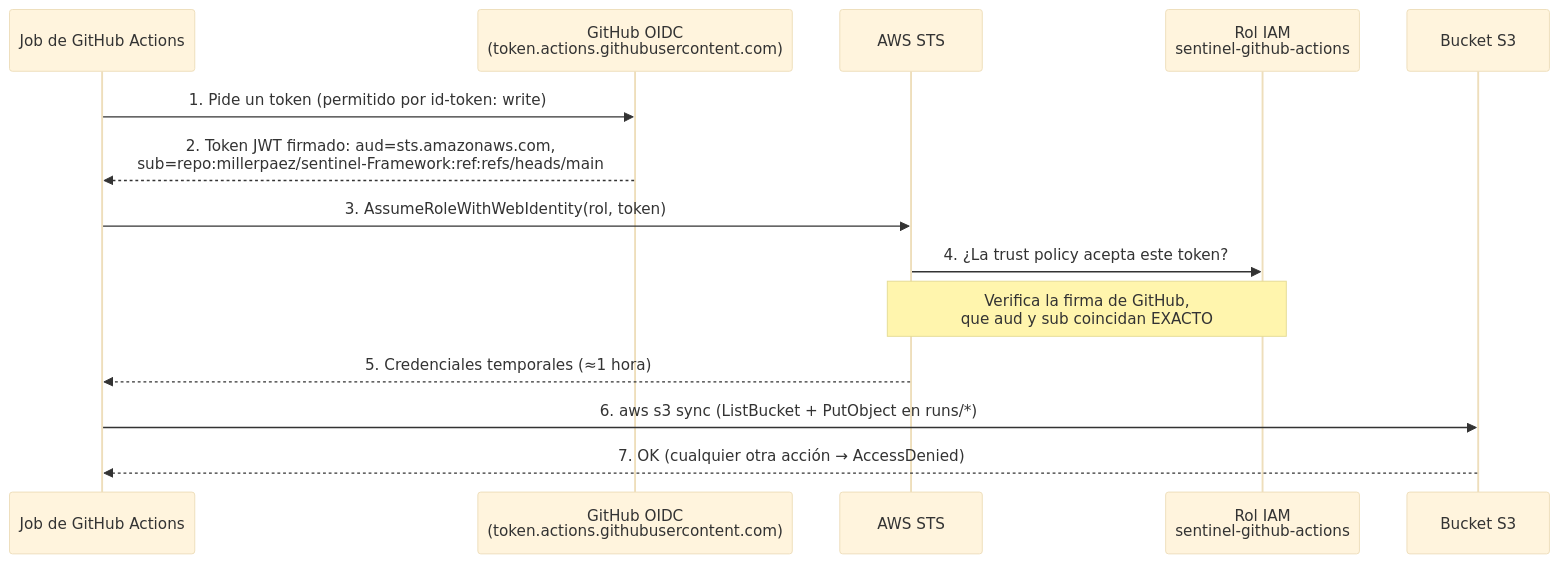
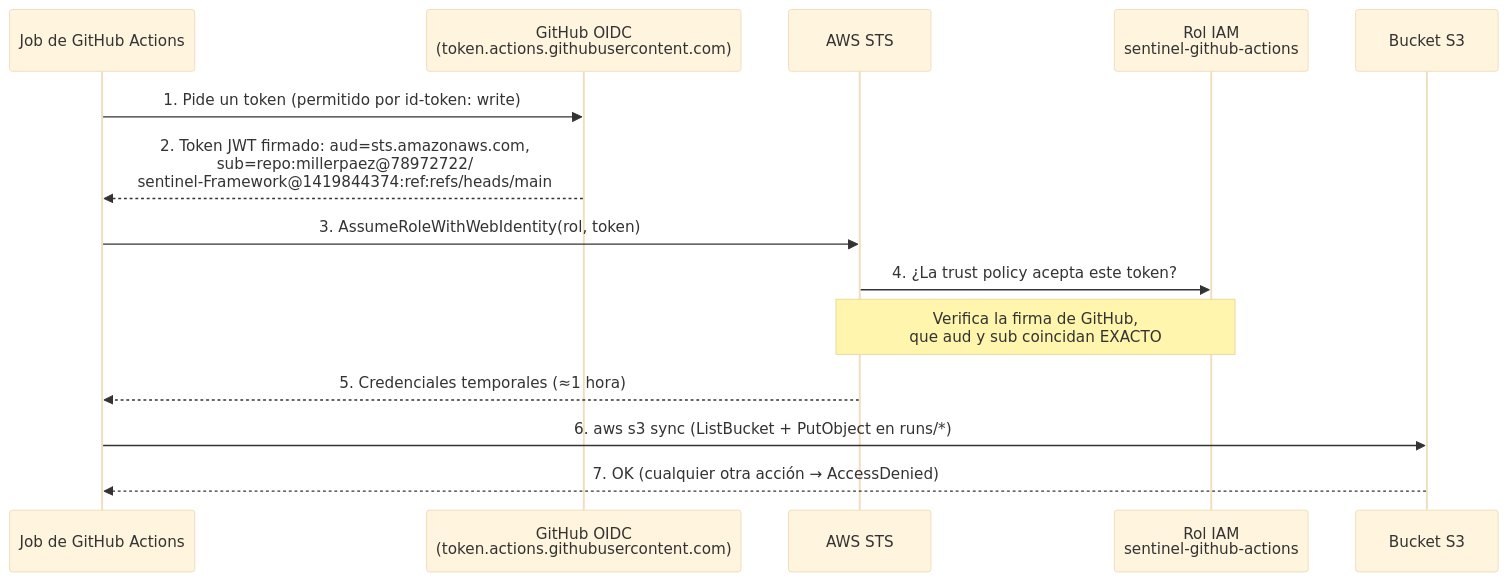
The third of 3 diagrams in README.md (millerpaez/sentinel-Framework), drawn with Mermaid (base theme) before and after one commit. The commit also changed other lines of this file and 2 other files, not shown here.

````diff
--- a/README.md
+++ b/README.md
@@ -596,17 +596,17 @@
 ```mermaid
 sequenceDiagram
     participant J as Job de GitHub Actions
     participant G as GitHub OIDC<br/>(token.actions.githubusercontent.com)
     participant STS as AWS STS
     participant IAM as Rol IAM<br/>sentinel-github-actions
     participant S3 as Bucket S3
 
     J->>G: 1. Pide un token (permitido por id-token: write)
-    G-->>J: 2. Token JWT firmado: aud=sts.amazonaws.com,<br/>sub=repo:millerpaez/sentinel-Framework:ref:refs/heads/main
+    G-->>J: 2. Token JWT firmado: aud=sts.amazonaws.com,<br/>sub=repo:millerpaez@78972722/<br/>sentinel-Framework@1419844374:ref:refs/heads/main
     J->>STS: 3. AssumeRoleWithWebIdentity(rol, token)
     STS->>IAM: 4. ¿La trust policy acepta este token?
     Note over STS,IAM: Verifica la firma de GitHub,<br/>que aud y sub coincidan EXACTO
     STS-->>J: 5. Credenciales temporales (≈1 hora)
     J->>S3: 6. aws s3 sync (ListBucket + PutObject en runs/*)
     S3-->>J: 7. OK (cualquier otra acción → AccessDenied)
 ```
````
